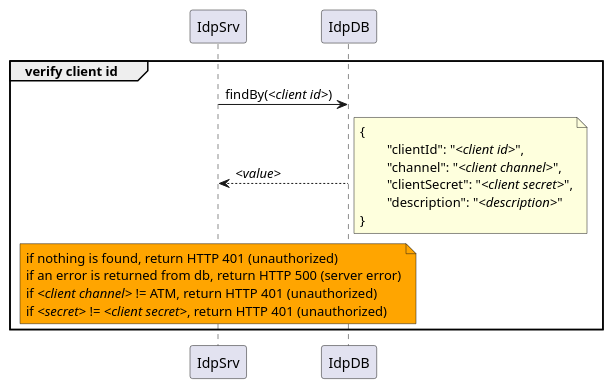
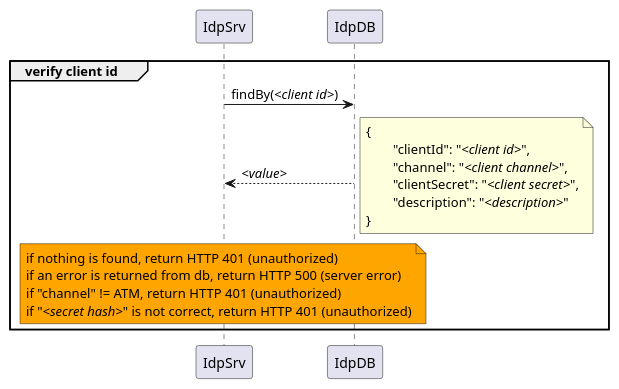
Before and after one commit to pagopa/mil-diags: the diagram in sequence_diags/auth/atm_layer/verify_client_id.puml, drawn with PlantUML. The commit also changed 16 other files, not shown here.

```diff
--- a/sequence_diags/auth/atm_layer/verify_client_id.puml
+++ b/sequence_diags/auth/atm_layer/verify_client_id.puml
@@ -1,22 +1,22 @@
 @startuml
 group verify client id
 	IdpSrv -> IdpDB : findBy(//<client id>//)
 
 		IdpDB --> IdpSrv : //<value>//
 		note right
 			{
 				"clientId": "//<client id>//",
 				"channel": "//<client channel>//",
 				"clientSecret": "//<client secret>//",
 				"description": "//<description>//"
 			}
 		end note
 
 	note over IdpSrv #Orange
 		if nothing is found, return HTTP 401 (unauthorized)
 		if an error is returned from db, return HTTP 500 (server error)
-		if //<client channel>// != ATM, return HTTP 401 (unauthorized)
-		if //<secret>// != //<client secret>//, return HTTP 401 (unauthorized)
+		if "channel" != ATM, return HTTP 401 (unauthorized)
+		if "//<secret hash>//" is not correct, return HTTP 401 (unauthorized)
 	end note
 end
 @enduml
```
